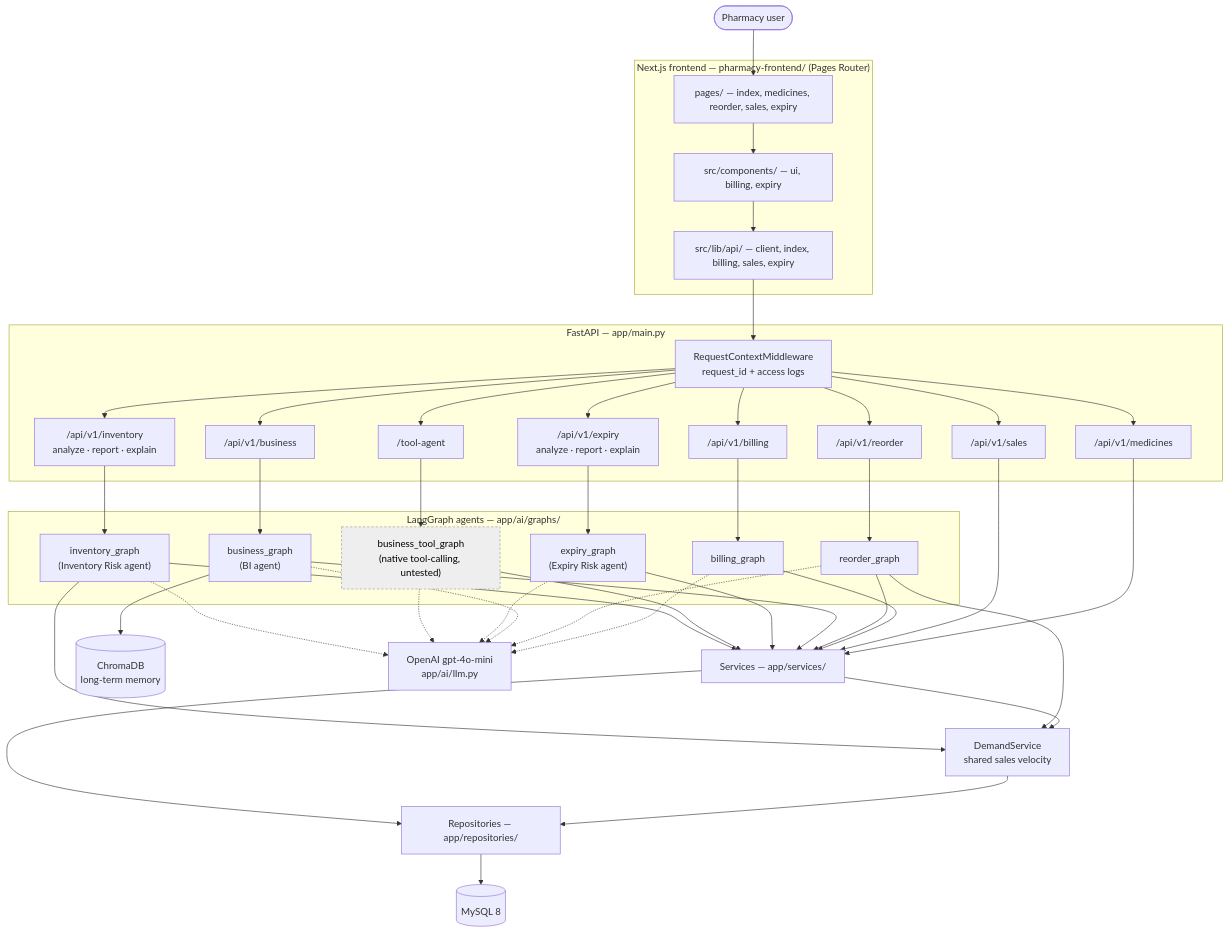
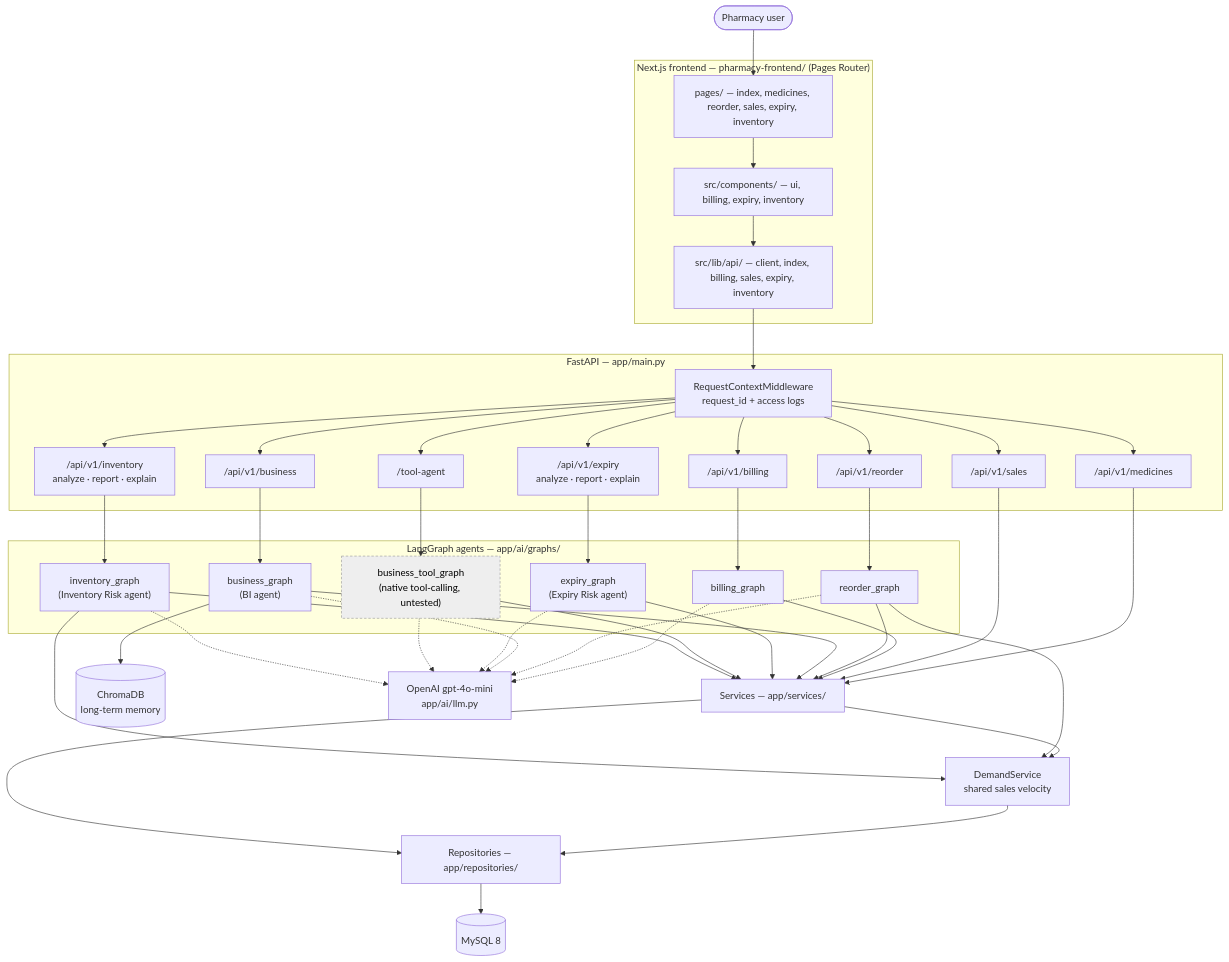
The first of 2 diagrams in docs/architecture.md (anurag-main/AI-Powered-Connected-Pharmacy-Ecosystem), drawn with Mermaid before and after one commit. The commit also changed other lines of this file and 18 other files, not shown here.

```diff
--- a/docs/architecture.md
+++ b/docs/architecture.md
@@ -18,9 +18,9 @@
     USER([Pharmacy user])
 
     subgraph FE["Next.js frontend — pharmacy-frontend/ (Pages Router)"]
-        PG["pages/ — index, medicines, reorder, sales, expiry"]
-        CMP["src/components/ — ui, billing, expiry"]
-        APIC["src/lib/api/ — client, index, billing, sales, expiry"]
+        PG["pages/ — index, medicines, reorder, sales, expiry, inventory"]
+        CMP["src/components/ — ui, billing, expiry, inventory"]
+        APIC["src/lib/api/ — client, index, billing, sales, expiry, inventory"]
     end
 
     subgraph API["FastAPI — app/main.py"]
```
